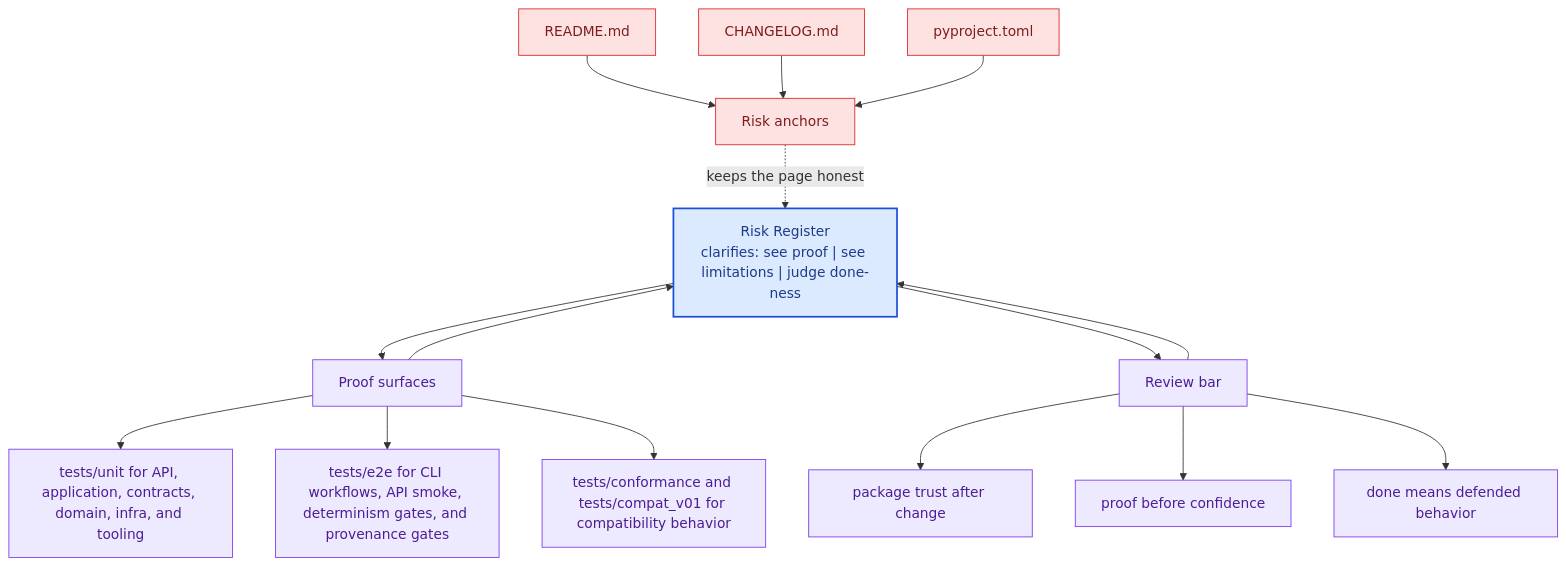
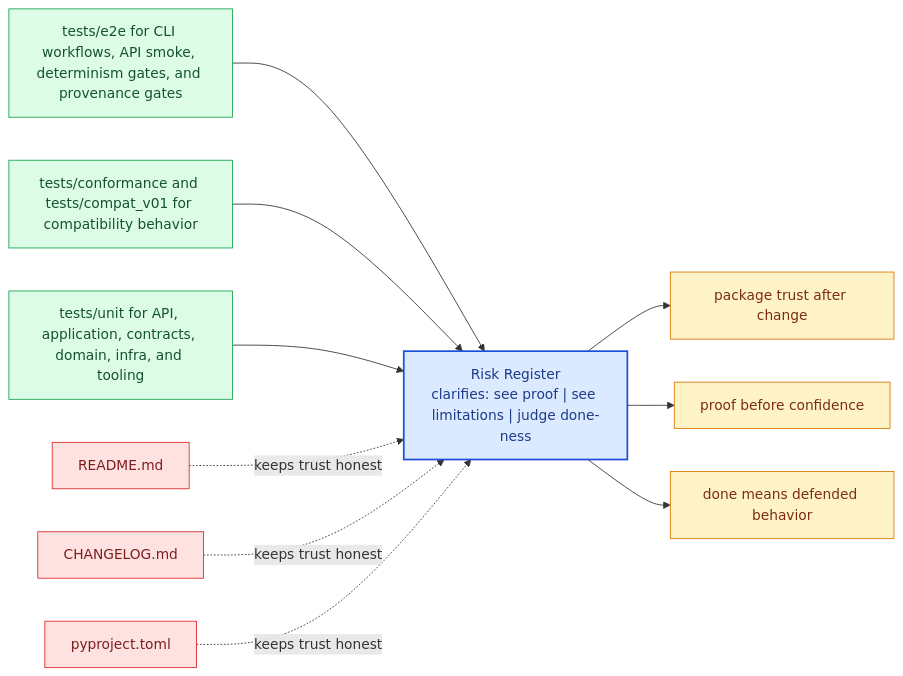
One commit to bijux/bijux-canon changed the diagram in docs/bijux-canon-index/quality/risk-register.md. Above: the diagram before and after it, drawn with Mermaid. The commit also changed other lines of this file and 281 other files, not shown here.

Commit message:
docs(diagrams): replace repeated mermaid scaffolds with page-specific summaries

````diff
--- a/docs/bijux-canon-index/quality/risk-register.md
+++ b/docs/bijux-canon-index/quality/risk-register.md
@@ -68,41 +23,31 @@
 ```mermaid
-flowchart TB
-    promise["Risk Register<br/>clarifies: see proof | see limitations | judge done-ness"]
-    classDef promise fill:#dbeafe,stroke:#1d4ed8,color:#1e3a8a,stroke-width:2px;
-    classDef driver fill:#dcfce7,stroke:#16a34a,color:#14532d;
-    classDef constraint fill:#fee2e2,stroke:#dc2626,color:#7f1d1d;
-    classDef ground fill:#ede9fe,stroke:#7c3aed,color:#4c1d95;
-    focus1["Proof surfaces"]
-    focus1 --> promise
-    promise --> focus1
-    focus1_1["tests/unit for API, application, contracts, domain, infra, and tooling"]
-    focus1 --> focus1_1
-    focus1_2["tests/e2e for CLI workflows, API smoke, determinism gates, and provenance gates"]
-    focus1 --> focus1_2
-    focus1_3["tests/conformance and tests/compat_v01 for compatibility behavior"]
-    focus1 --> focus1_3
-    class focus1 ground;
-    class focus1_1,focus1_2,focus1_3 ground;
-    focus2["Risk anchors"]
-    focus2 -.keeps the page honest.-> promise
-    focus2_1["README.md"]
-    focus2_1 --> focus2
-    focus2_2["CHANGELOG.md"]
-    focus2_2 --> focus2
-    focus2_3["pyproject.toml"]
-    focus2_3 --> focus2
-    class focus2 constraint;
-    class focus2_1,focus2_2,focus2_3 constraint;
-    focus3["Review bar"]
-    focus3 --> promise
-    promise --> focus3
-    focus3_1["package trust after change"]
-    focus3 --> focus3_1
-    focus3_2["proof before confidence"]
-    focus3 --> focus3_2
-    focus3_3["done means defended behavior"]
-    focus3 --> focus3_3
-    class focus3 ground;
-    class focus3_1,focus3_2,focus3_3 ground;
-    class promise promise;
+flowchart LR
+    page["Risk Register<br/>clarifies: see proof | see limitations | judge done-ness"]
+    classDef page fill:#dbeafe,stroke:#1d4ed8,color:#1e3a8a,stroke-width:2px;
+    classDef positive fill:#dcfce7,stroke:#16a34a,color:#14532d;
+    classDef caution fill:#fee2e2,stroke:#dc2626,color:#7f1d1d;
+    classDef anchor fill:#ede9fe,stroke:#7c3aed,color:#4c1d95;
+    classDef action fill:#fef3c7,stroke:#d97706,color:#7c2d12;
+    proof1["tests/e2e for CLI workflows, API smoke, determinism gates, and provenance gates"]
+    proof1 --> page
+    proof2["tests/conformance and tests/compat_v01 for compatibility behavior"]
+    proof2 --> page
+    proof3["tests/unit for API, application, contracts, domain, infra, and tooling"]
+    proof3 --> page
+    risk1["README.md"]
+    risk1 -.keeps trust honest.-> page
+    risk2["CHANGELOG.md"]
+    risk2 -.keeps trust honest.-> page
+    risk3["pyproject.toml"]
+    risk3 -.keeps trust honest.-> page
+    bar1["package trust after change"]
+    page --> bar1
+    bar2["proof before confidence"]
+    page --> bar2
+    bar3["done means defended behavior"]
+    page --> bar3
+    class page page;
+    class proof1,proof2,proof3 positive;
+    class risk1,risk2,risk3 caution;
+    class bar1,bar2,bar3 action;
 ```
````
